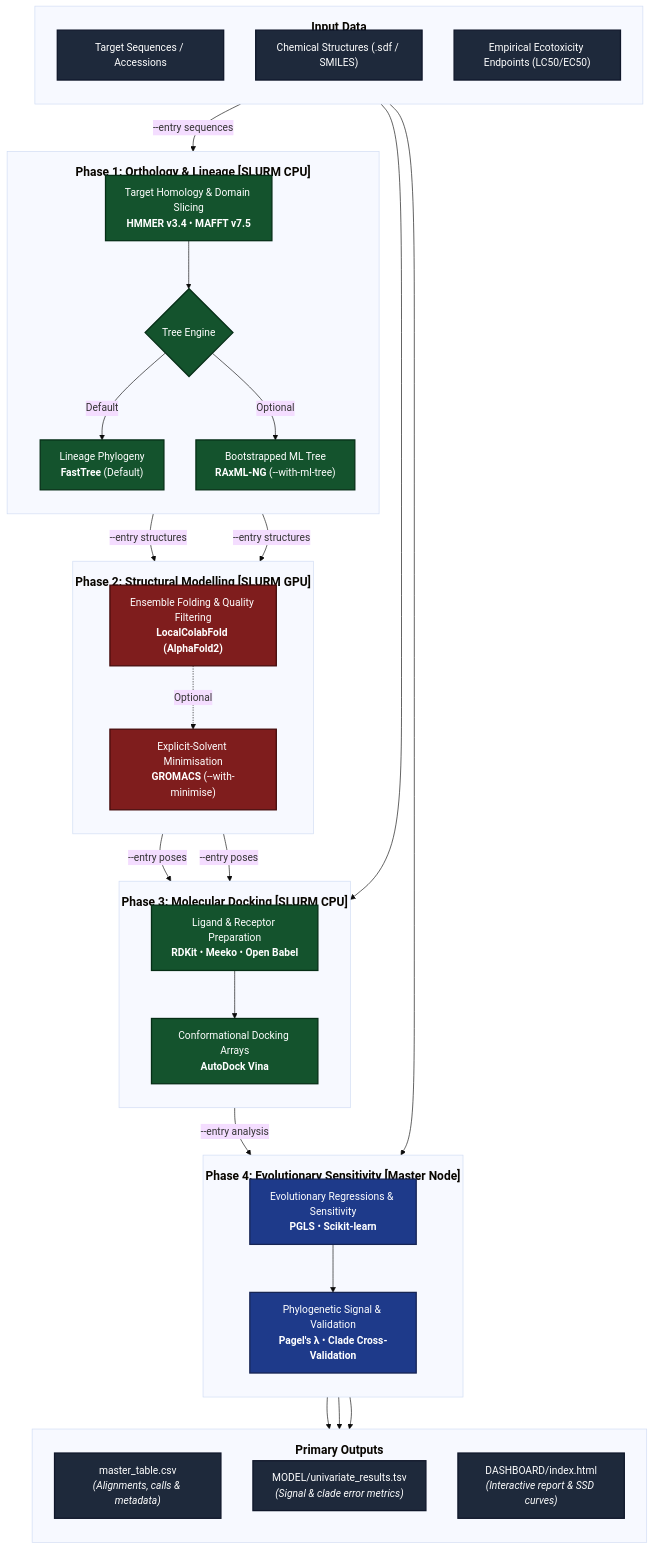
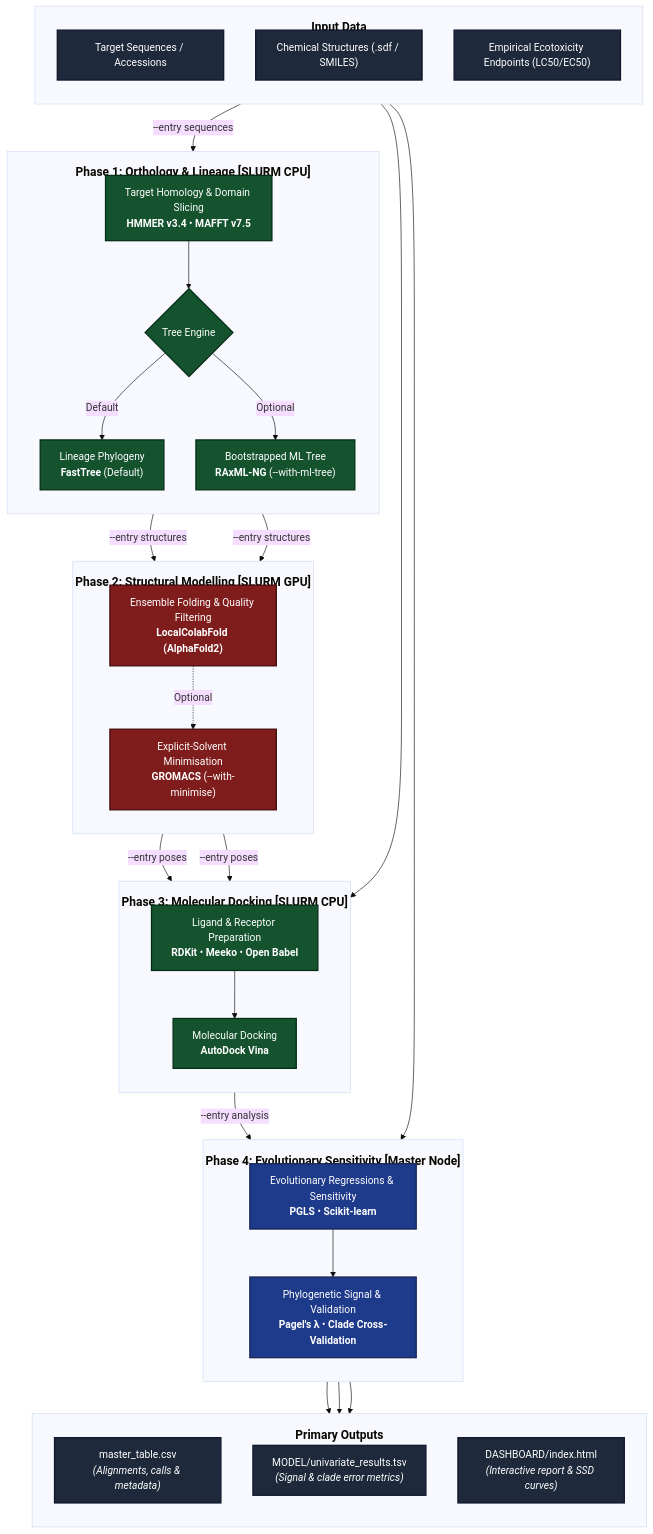
The diagram in README.md (krishnan-Rama/SENTINEL), drawn with Mermaid (base theme) before and after one commit.

````diff
--- a/README.md
+++ b/README.md
@@ -13,78 +13,78 @@
 ```mermaid
 flowchart TD
     subgraph INP["<h3>Input Data<h3>"]
         direction TB
         I1["Target Sequences / Accessions"]
         I2["Chemical Structures (.sdf / SMILES)"]
         I3["Empirical Ecotoxicity Endpoints (LC50/EC50)"]
     end
 
     subgraph ST1["<h3>Phase 1: Orthology & Lineage [SLURM CPU]</h3>"]
         direction TB
         S1A["Target Homology & Domain Slicing<br/><b>HMMER v3.4</b> • <b>MAFFT v7.5</b>"]
         S1B{"Tree Engine"}
         S1C["Lineage Phylogeny<br/><b>FastTree</b> (Default)"]
         S1D["Bootstrapped ML Tree<br/><b>RAxML-NG</b> (--with-ml-tree)"]
 
         S1A --> S1B
         S1B -->|Default| S1C
         S1B -->|Optional| S1D
     end
 
     subgraph ST2["<h3>Phase 2: Structural Modelling [SLURM GPU]<h3>"]
         direction TB
         S2A["Ensemble Folding & Quality Filtering<br/><b>LocalColabFold (AlphaFold2)</b>"]
         S2B["Explicit-Solvent Minimisation<br/><b>GROMACS</b> (--with-minimise)"]
 
         S2A -.->|Optional| S2B
     end
 
     subgraph ST3["<h3>Phase 3: Molecular Docking [SLURM CPU]<h3>"]
         direction TB
         S3A["Ligand & Receptor Preparation<br/><b>RDKit</b> • <b>Meeko</b> • <b>Open Babel</b>"]
-        S3B["Conformational Docking Arrays<br/><b>AutoDock Vina</b>"]
+        S3B["Molecular Docking<br/><b>AutoDock Vina</b>"]
 
         S3A --> S3B
     end
 
     subgraph ST4["<h3>Phase 4: Evolutionary Sensitivity [Master Node]<h3>"]
         direction TB
         S4A["Evolutionary Regressions & Sensitivity<br/><b>PGLS</b> • <b>Scikit-learn</b>"]
         S4B["Phylogenetic Signal & Validation<br/><b>Pagel's &lambda;</b> • <b>Clade Cross-Validation</b>"]
 
         S4A --> S4B
     end
 
     subgraph OUT["<h3>Primary Outputs<h3>"]
         direction TB
         O1["master_table.csv<br/><i>(Alignments, calls & metadata)</i>"]
         O2["MODEL/univariate_results.tsv<br/><i>(Signal & clade error metrics)</i>"]
         O3["DASHBOARD/index.html<br/><i>(Interactive report & SSD curves)</i>"]
     end
 
     %% Wiring Inputs to Pipeline
     I1 -->|--entry sequences| S1A
     S1C -->|--entry structures| S2A
     S1D -->|--entry structures| S2A
     S2A -->|--entry poses| S3A
     S2B -->|--entry poses| S3A
     I2 --> S3A
     S3B -->|--entry analysis| S4A
     I3 --> S4A
 
     %% Outputs
     S4B --> O1
     S4B --> O2
     S4B --> O3
 
     %% High-Contrast Styling (WCAG AAA Compliant)
     classDef io fill:#1e293b,stroke:#0f172a,stroke-width:2px,color:#ffffff;
     classDef cpu fill:#14532d,stroke:#052e16,stroke-width:2px,color:#ffffff;
     classDef gpu fill:#7f1d1d,stroke:#450a0a,stroke-width:2px,color:#ffffff;
     classDef master fill:#1e3a8a,stroke:#172554,stroke-width:2px,color:#ffffff;
 
     class I1,I2,I3,O1,O2,O3 io;
     class S1A,S1B,S1C,S1D,S3A,S3B cpu;
     class S2A,S2B gpu;
     class S4A,S4B master;
 ```
````
